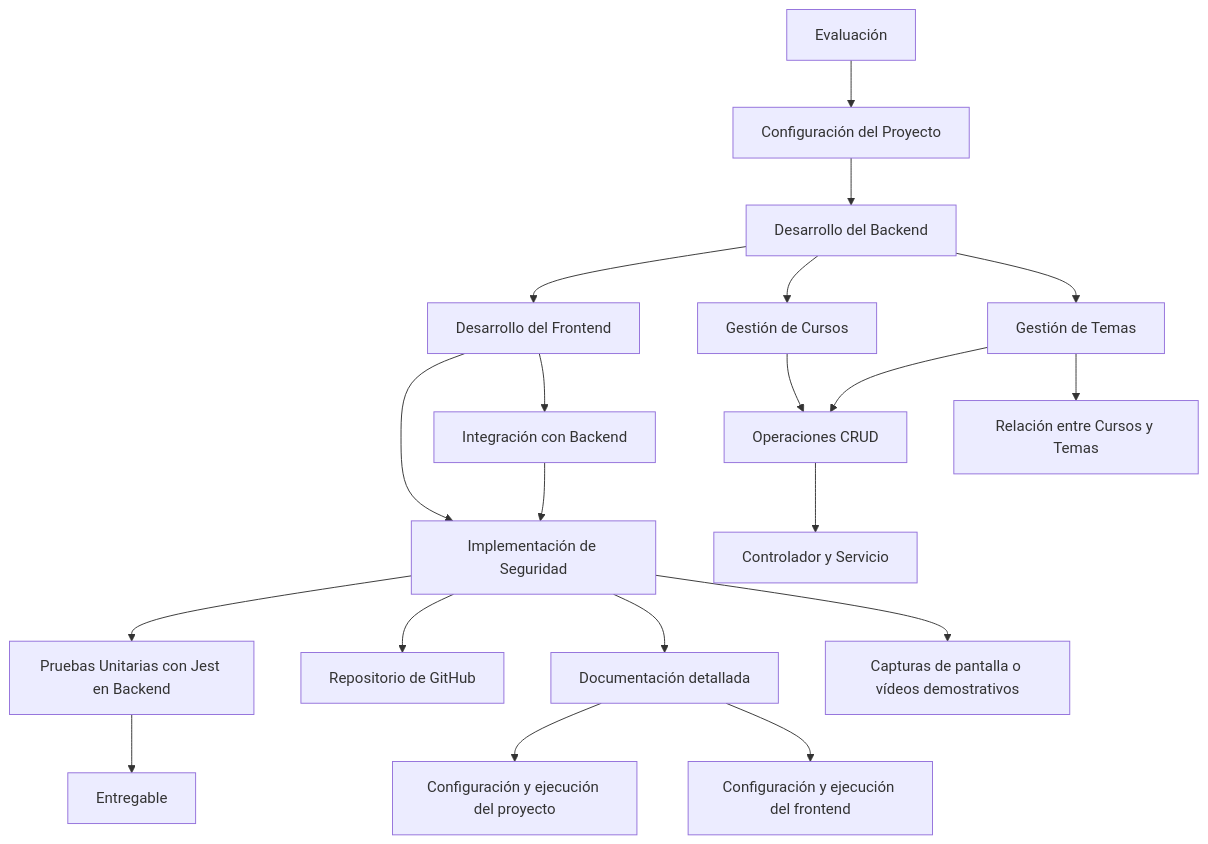
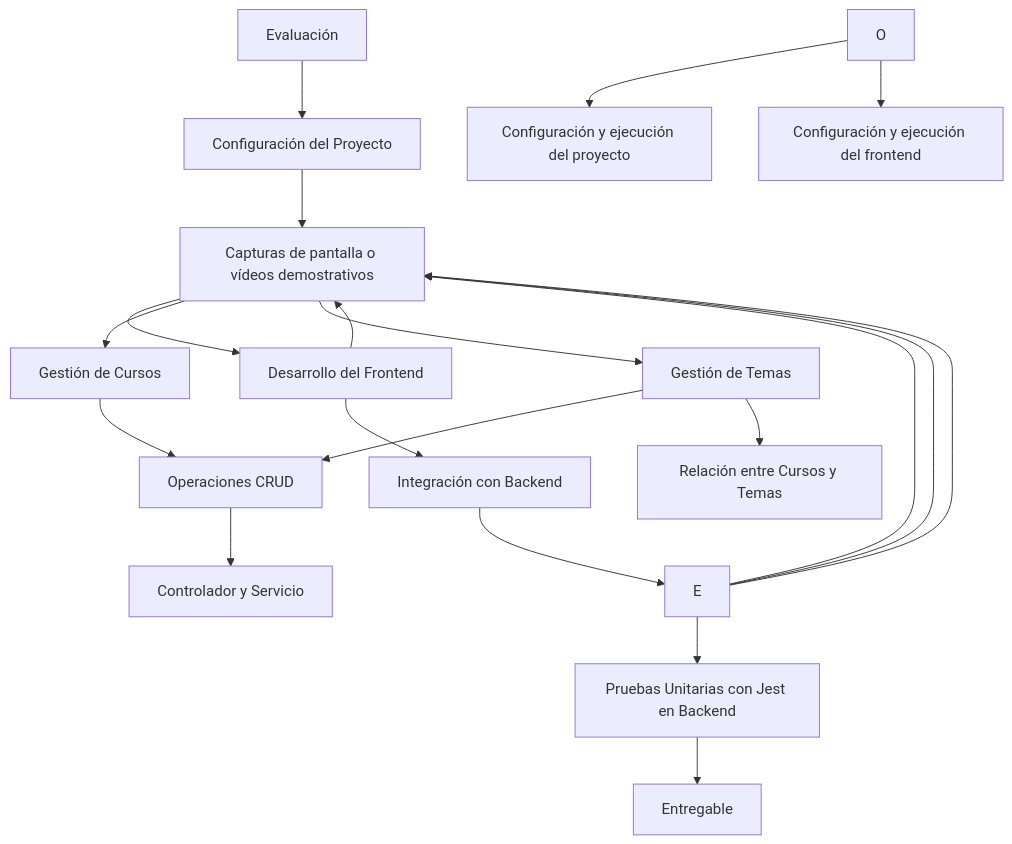
One commit to statick88/gestionDocente changed the diagram in README.md. Above: the diagram before and after it, drawn with Mermaid.

Commit message:
Cambios en Readme.md

````diff
--- a/README.md
+++ b/README.md
@@ -3,23 +3,23 @@
 ```mermaid
 graph TD;
   A[Evaluación] --> B[Configuración del Proyecto]
   B --> C[Desarrollo del Backend]
   C --> D[Desarrollo del Frontend]
-  D --> E[Implementación de Seguridad]
+  D --> C[Implementación de Seguridad]
   E --> F[Pruebas Unitarias con Jest en Backend]
   F --> G[Entregable]
   C --> H[Gestión de Cursos]
   C --> I[Gestión de Temas]
   H --> J[Operaciones CRUD]
   I --> J
   J --> K[Controlador y Servicio]
   I --> L[Relación entre Cursos y Temas]
   D --> M[Integración con Backend]
   M --> E
-  E --> N[Repositorio de GitHub]
-  E --> O[Documentación detallada]
-  E --> P[Capturas de pantalla o vídeos demostrativos]
+  E --> C[Repositorio de GitHub]
+  E --> C[Documentación detallada]
+  E --> C[Capturas de pantalla o vídeos demostrativos]
   O --> Q[Configuración y ejecución del proyecto]
   O --> R[Configuración y ejecución del frontend]
 
 ```
````
